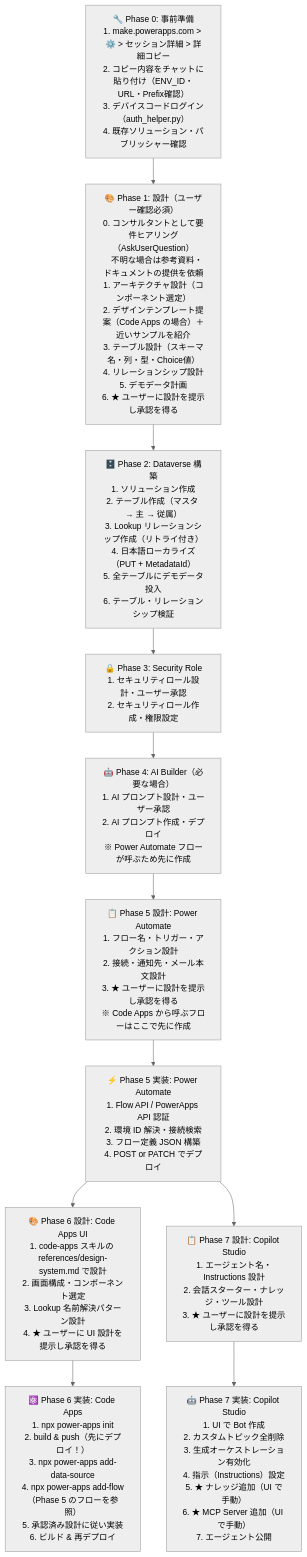
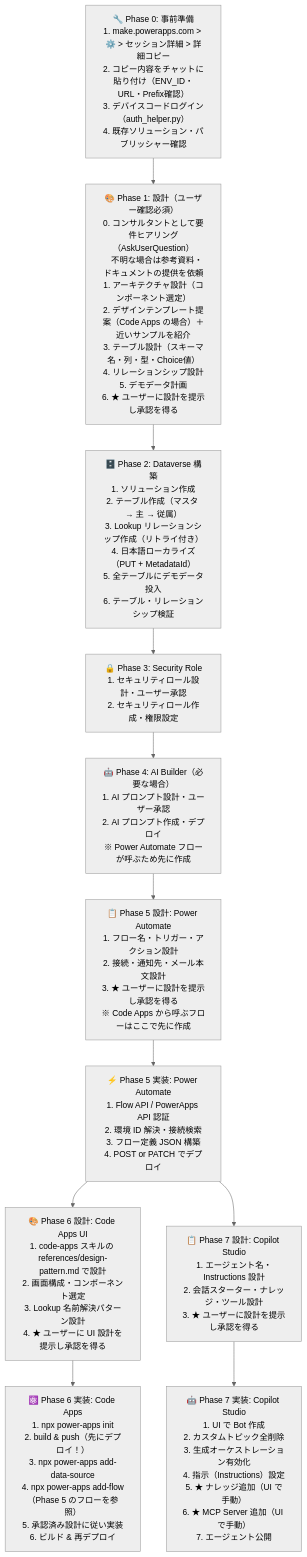
The diagram in .github/skills/standard/references/power-platform-development-standard.md (geekfujiwara/CodeAppsDevelopmentStandard), drawn with Mermaid (neutral theme) before and after one commit. The commit also changed 6 other files, not shown here.

First line of the commit message:
Move design-approval issue template into code-apps skill assets (#238)

````diff
--- a/.github/skills/standard/references/power-platform-development-standard.md
+++ b/.github/skills/standard/references/power-platform-development-standard.md
@@ -1464,29 +1464,29 @@
 ```mermaid
 flowchart TD
     P0["🔧 Phase 0: 事前準備\n1. make.powerapps.com > ⚙️ > セッション詳細 > 詳細コピー\n2. コピー内容をチャットに貼り付け（ENV_ID・URL・Prefix確認）\n3. デバイスコードログイン（auth_helper.py）\n4. 既存ソリューション・パブリッシャー確認"]
 
     P1["🎨 Phase 1: 設計（ユーザー確認必須）\n0. コンサルタントとして要件ヒアリング（AskUserQuestion）\n   不明な場合は参考資料・ドキュメントの提供を依頼\n1. アーキテクチャ設計（コンポーネント選定）\n2. デザインテンプレート提案（Code Apps の場合）＋近いサンプルを紹介\n3. テーブル設計（スキーマ名・列・型・Choice値）\n4. リレーションシップ設計\n5. デモデータ計画\n6. ★ ユーザーに設計を提示し承認を得る"]
 
     P2["🗄️ Phase 2: Dataverse 構築\n1. ソリューション作成\n2. テーブル作成（マスタ → 主 → 従属）\n3. Lookup リレーションシップ作成（リトライ付き）\n4. 日本語ローカライズ（PUT + MetadataId）\n5. 全テーブルにデモデータ投入\n6. テーブル・リレーションシップ検証"]
 
     P3["🔒 Phase 3: Security Role\n1. セキュリティロール設計・ユーザー承認\n2. セキュリティロール作成・権限設定"]
 
     P4["🤖 Phase 4: AI Builder（必要な場合）\n1. AI プロンプト設計・ユーザー承認\n2. AI プロンプト作成・デプロイ\n※ Power Automate フローが呼ぶため先に作成"]
 
     P5D["📋 Phase 5 設計: Power Automate\n1. フロー名・トリガー・アクション設計\n2. 接続・通知先・メール本文設計\n3. ★ ユーザーに設計を提示し承認を得る\n※ Code Apps から呼ぶフローはここで先に作成"]
 
     P5["⚡ Phase 5 実装: Power Automate\n1. Flow API / PowerApps API 認証\n2. 環境 ID 解決・接続検索\n3. フロー定義 JSON 構築\n4. POST or PATCH でデプロイ"]
 
-    P6D["🎨 Phase 6 設計: Code Apps UI\n1. code-apps スキルの references/design-system.md で設計\n2. 画面構成・コンポーネント選定\n3. Lookup 名前解決パターン設計\n4. ★ ユーザーに UI 設計を提示し承認を得る"]
+    P6D["🎨 Phase 6 設計: Code Apps UI\n1. code-apps スキルの references/design-pattern.md で設計\n2. 画面構成・コンポーネント選定\n3. Lookup 名前解決パターン設計\n4. ★ ユーザーに UI 設計を提示し承認を得る"]
 
     P6["⚛️ Phase 6 実装: Code Apps\n1. npx power-apps init\n2. build & push（先にデプロイ！）\n3. npx power-apps add-data-source\n4. npx power-apps add-flow（Phase 5 のフローを参照）\n5. 承認済み設計に従い実装\n6. ビルド & 再デプロイ"]
 
     P7D["📋 Phase 7 設計: Copilot Studio\n1. エージェント名・Instructions 設計\n2. 会話スターター・ナレッジ・ツール設計\n3. ★ ユーザーに設計を提示し承認を得る"]
 
     P7["🤖 Phase 7 実装: Copilot Studio\n1. UI で Bot 作成\n2. カスタムトピック全削除\n3. 生成オーケストレーション有効化\n4. 指示（Instructions）設定\n5. ★ ナレッジ追加（UI で手動）\n6. ★ MCP Server 追加（UI で手動）\n7. エージェント公開"]
 
     P0 --> P1 --> P2 --> P3 --> P4
     P4 --> P5D --> P5
     P5 --> P6D --> P6
     P5 --> P7D --> P7
 ```
````
